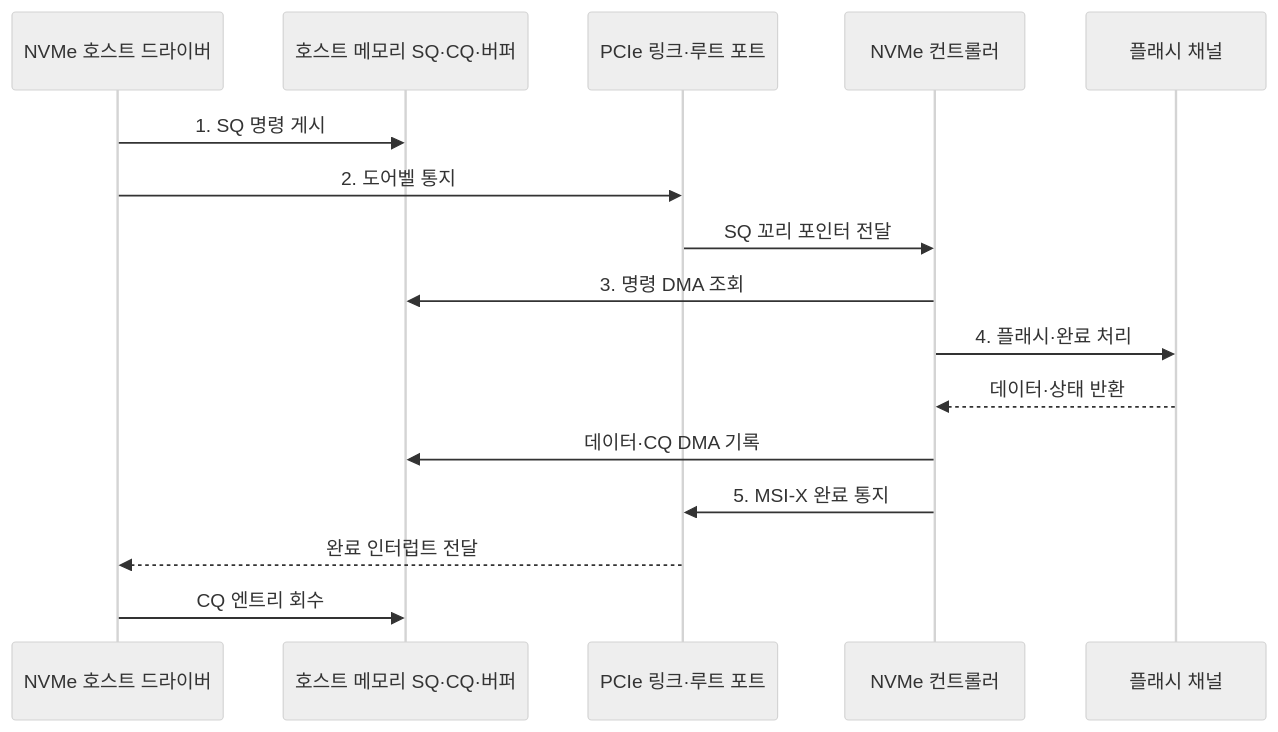
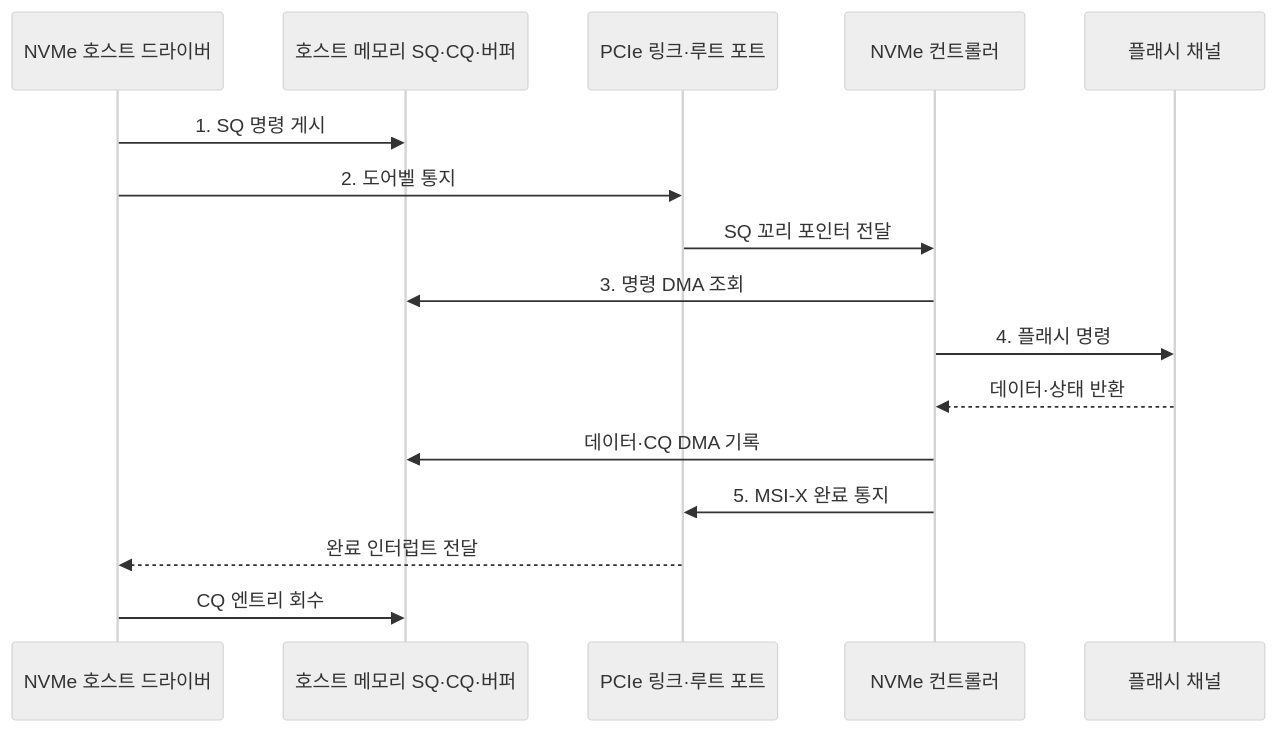
Before and after one commit to agnusdei1207/knowledge-base: the second of 2 diagrams in src/content/docs/notes/02-hardware/029_nvme_pcie_interface.md, drawn with Mermaid (neutral theme). The commit also changed other lines of this file and 20 other files, not shown here.

````diff
--- a/src/content/docs/notes/02-hardware/029_nvme_pcie_interface.md
+++ b/src/content/docs/notes/02-hardware/029_nvme_pcie_interface.md
@@ -89,19 +95,19 @@
 ```mermaid
 sequenceDiagram
     participant D as NVMe 호스트 드라이버
     participant Q as 호스트 메모리 SQ·CQ·버퍼
     participant P as PCIe 링크·루트 포트
     participant C as NVMe 컨트롤러
     participant F as 플래시 채널
 
     D->>Q: 1. SQ 명령 게시
     D->>P: 2. 도어벨 통지
     P->>C: SQ 꼬리 포인터 전달
     C->>Q: 3. 명령 DMA 조회
-    C->>F: 4. 플래시·완료 처리
+    C->>F: 4. 플래시 명령
     F-->>C: 데이터·상태 반환
     C->>Q: 데이터·CQ DMA 기록
     C->>P: 5. MSI-X 완료 통지
     P-->>D: 완료 인터럽트 전달
     D->>Q: CQ 엔트리 회수
 ```
````
